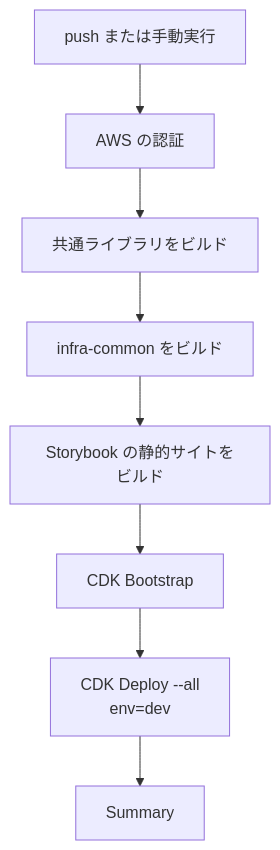
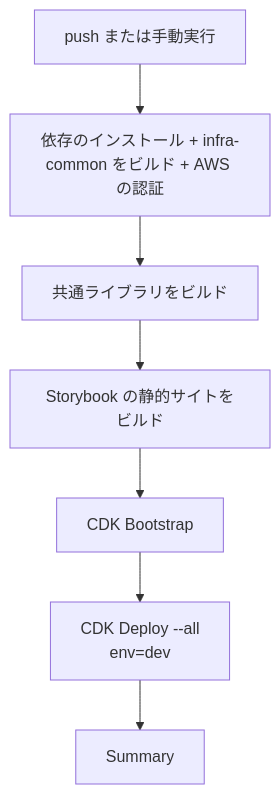
The second of 2 diagrams in docs/platform/specs/deploy.md (nagiyu/nagiyu-platform), drawn with Mermaid before and after one commit. The commit also changed other lines of this file and 28 other files, not shown here.

````diff
--- a/docs/platform/specs/deploy.md
+++ b/docs/platform/specs/deploy.md
@@ -239,10 +253,9 @@
 ```mermaid
 flowchart TD
-    A[push または手動実行] --> B[AWS の認証]
+    A[push または手動実行] --> B[依存のインストール + infra-common をビルド + AWS の認証]
     B --> C[共通ライブラリをビルド]
-    C --> D[infra-common をビルド]
-    D --> E[Storybook の静的サイトをビルド]
+    C --> E[Storybook の静的サイトをビルド]
     E --> F[CDK Bootstrap]
     F --> G[CDK Deploy --all<br/>env=dev]
     G --> H[Summary]
 ```
````
